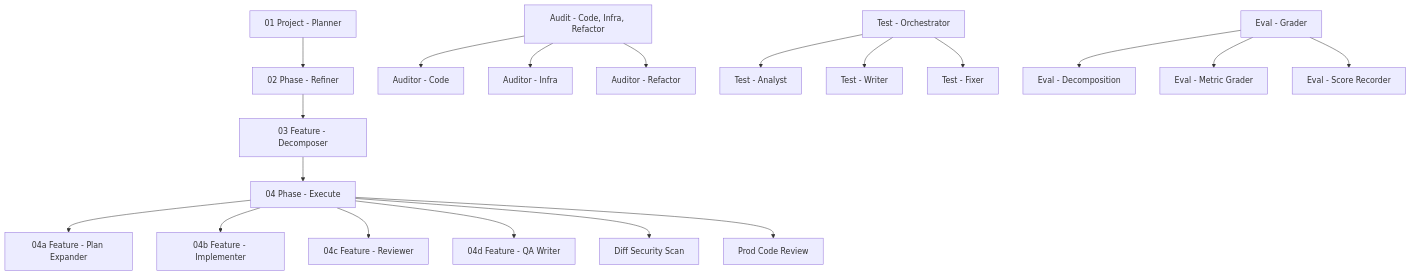
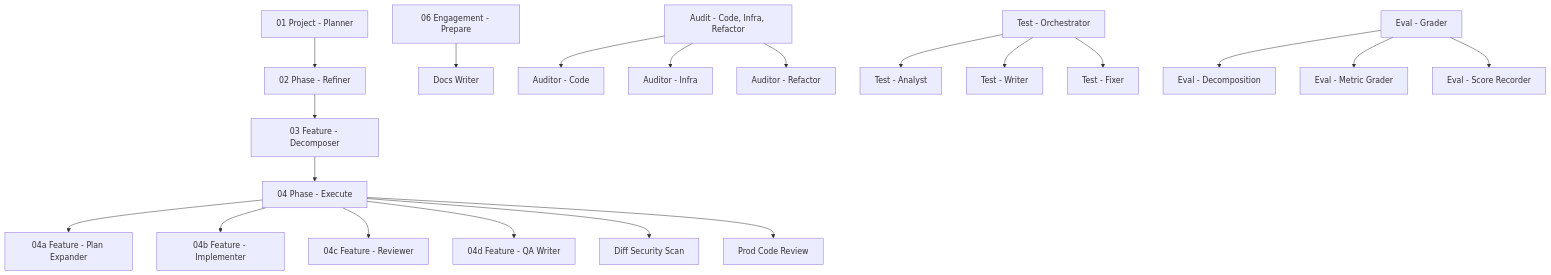
Before and after one commit to threnjen/thren-agentic-workflows: the fourth of 4 diagrams in docs/ARCHITECTURE.md, drawn with Mermaid. The commit also changed other lines of this file, not shown here.

Commit message:
docs: post-phase documentation sweep (architecture counts + engagement flow)

````diff
--- a/docs/ARCHITECTURE.md
+++ b/docs/ARCHITECTURE.md
@@ -184,40 +184,44 @@
 ```mermaid
 flowchart TD
     Planner[01 Project - Planner]
     Refiner[02 Phase - Refiner]
     Decomposer[03 Feature - Decomposer]
     PhaseExecute[04 Phase - Execute]
     Audit[Audit - Code, Infra, Refactor]
     Test[Test - Orchestrator]
     ProdReview[Prod Code Review]
     EvalGrader[Eval - Grader]
+    EngagementPrepare[06 Engagement - Prepare]
+    DocsWriter[Docs Writer]
 
     PlanExpander[04a Feature - Plan Expander]
     Implementer[04b Feature - Implementer]
     Reviewer[04c Feature - Reviewer]
     QA[04d Feature - QA Writer]
     Security[Diff Security Scan]
 
     Planner --> Refiner
     Refiner --> Decomposer
     Decomposer --> PhaseExecute
 
     PhaseExecute --> PlanExpander
     PhaseExecute --> Implementer
     PhaseExecute --> Reviewer
     PhaseExecute --> QA
     PhaseExecute --> Security
     PhaseExecute --> ProdReview
 
     Audit --> AuditorCode[Auditor - Code]
     Audit --> AuditorInfra[Auditor - Infra]
     Audit --> AuditorRefactor[Auditor - Refactor]
 
     Test --> TestAnalyst[Test - Analyst]
     Test --> TestWriter[Test - Writer]
     Test --> TestFixer[Test - Fixer]
 
     EvalGrader --> EvalDecomp[Eval - Decomposition]
     EvalGrader --> EvalMetric[Eval - Metric Grader]
     EvalGrader --> EvalScore[Eval - Score Recorder]
+
+    EngagementPrepare --> DocsWriter
 ```
````
